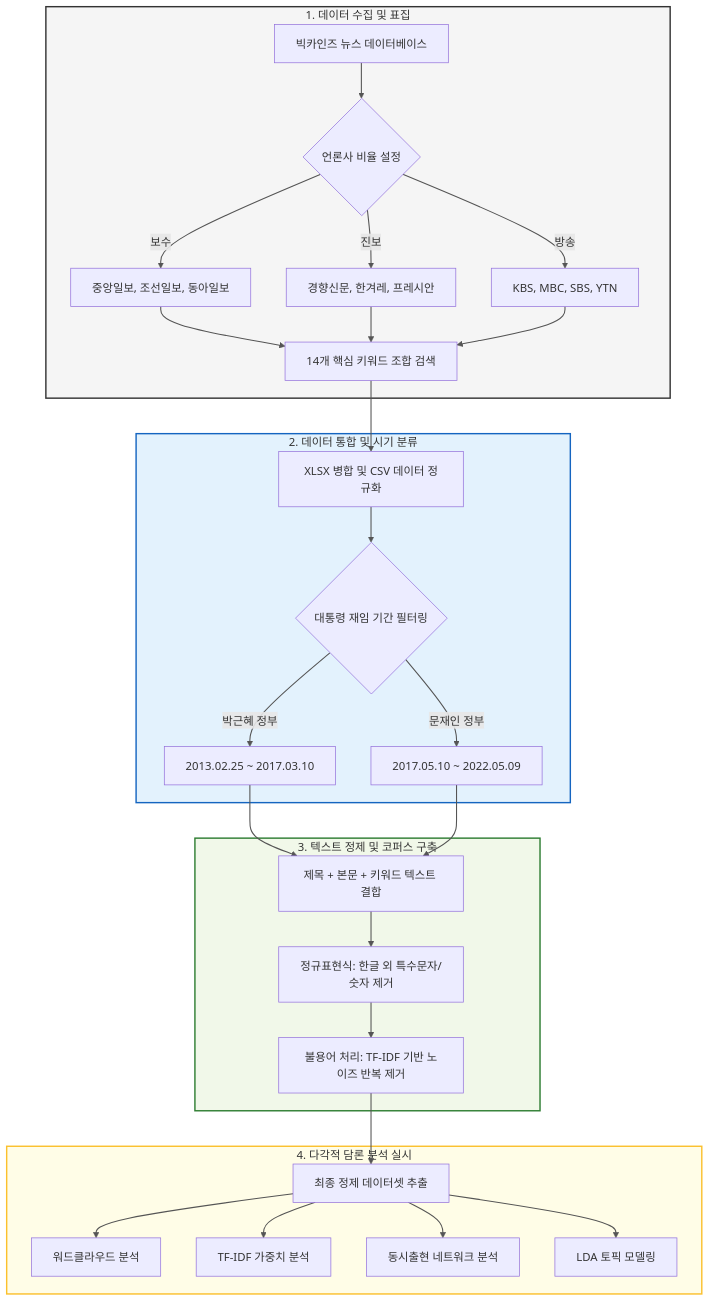
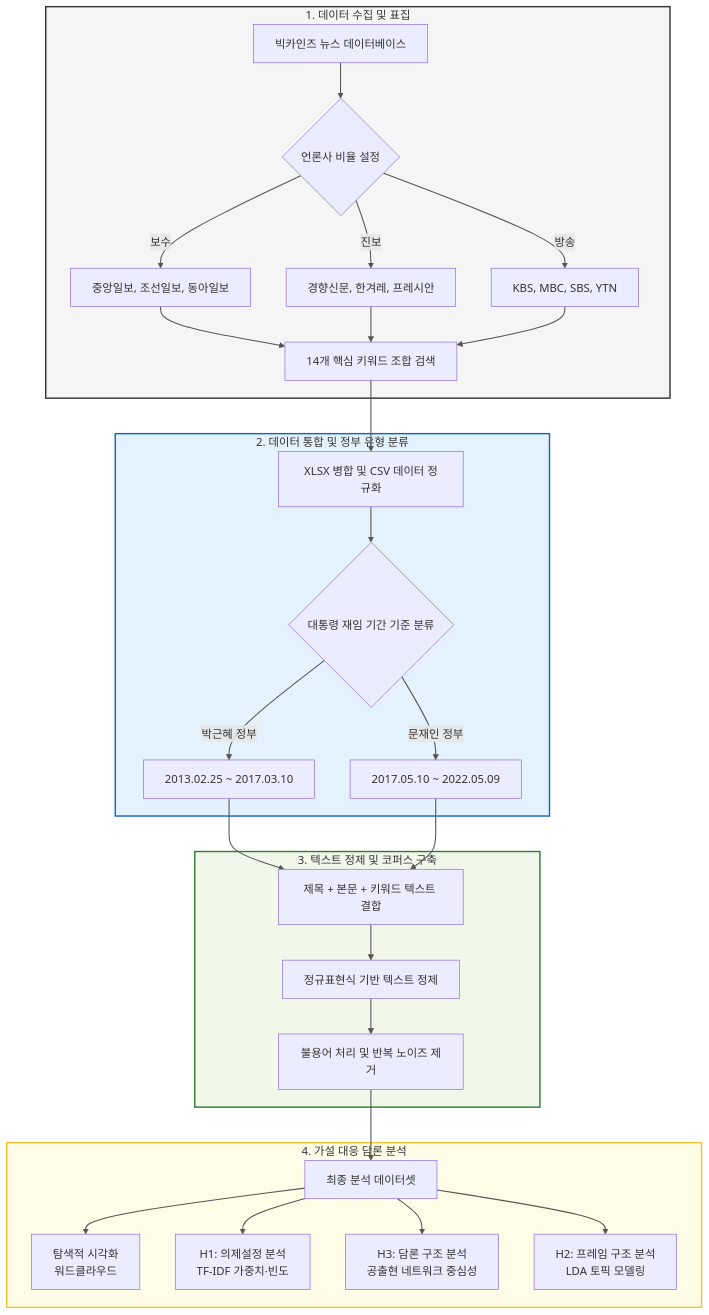
One commit to gayoung106/public_perception changed the third of 3 diagrams in README.md. Above: the diagram before and after it, drawn with Mermaid. The commit also changed other lines of this file and 14 other files, not shown here.

````diff
--- a/README.md
+++ b/README.md
@@ -107,43 +123,44 @@
 ```mermaid
 flowchart TD
     %% 1. 데이터 수집 단계
     subgraph Step1 [1. 데이터 수집 및 표집]
         A[빅카인즈 뉴스 데이터베이스] --> B{언론사 비율 설정}
         B -->|보수| B1[중앙일보, 조선일보, 동아일보]
         B -->|진보| B2[경향신문, 한겨레, 프레시안]
         B -->|방송| B3[KBS, MBC, SBS, YTN]
         B1 & B2 & B3 --> C[14개 핵심 키워드 조합 검색]
     end
 
-    %% 2. 통합 및 분류 단계
-    subgraph Step2 [2. 데이터 통합 및 시기 분류]
+    %% 2. 통합 및 정부 분류 단계
+    subgraph Step2 [2. 데이터 통합 및 정부 유형 분류]
         C --> D[XLSX 병합 및 CSV 데이터 정규화]
-        D --> E{대통령 재임 기간 필터링}
+        D --> E{대통령 재임 기간 기준 분류}
         E -->|박근혜 정부| E1["2013.02.25 ~ 2017.03.10"]
         E -->|문재인 정부| E2["2017.05.10 ~ 2022.05.09"]
     end
 
     %% 3. 전처리 단계
     subgraph Step3 [3. 텍스트 정제 및 코퍼스 구축]
         E1 & E2 --> F[제목 + 본문 + 키워드 텍스트 결합]
-        F --> G[정규표현식: 한글 외 특수문자/숫자 제거]
-        G --> H[불용어 처리: TF-IDF 기반 노이즈 반복 제거]
+        F --> G[정규표현식 기반 텍스트 정제]
+        G --> H[불용어 처리 및 반복 노이즈 제거]
     end
 
-    %% 4. 분석 출력 단계
-    subgraph Step4 [4. 다각적 담론 분석 실시]
-        H --> I[최종 정제 데이터셋 추출]
-        I --> J1[워드클라우드 분석]
-        I --> J2[TF-IDF 가중치 분석]
-        I --> J3[동시출현 네트워크 분석]
-        I --> J4[LDA 토픽 모델링]
+    %% 4. 가설 대응 담론 분석 단계
+    subgraph Step4 [4. 가설 대응 담론 분석]
+        H --> I[최종 분석 데이터셋]
+        I --> J1[탐색적 시각화<br>워드클라우드]
+        I --> J2[H1: 의제설정 분석<br>TF-IDF 가중치·빈도]
+        I --> J3[H3: 담론 구조 분석<br>공출현 네트워크 중심성]
+        I --> J4[H2: 프레임 구조 분석<br>LDA 토픽 모델링]
     end
 
     %% 디자인 스타일링
     style Step1 fill:#f5f5f5,stroke:#333,stroke-width:2px
     style Step2 fill:#e3f2fd,stroke:#1565c0,stroke-width:2px
     style Step3 fill:#f1f8e9,stroke:#2e7d32,stroke-width:2px
     style Step4 fill:#fffde7,stroke:#fbc02d,stroke-width:2px
 
     linkStyle default stroke:#555,stroke-width:1.5px
+
 ```
````
